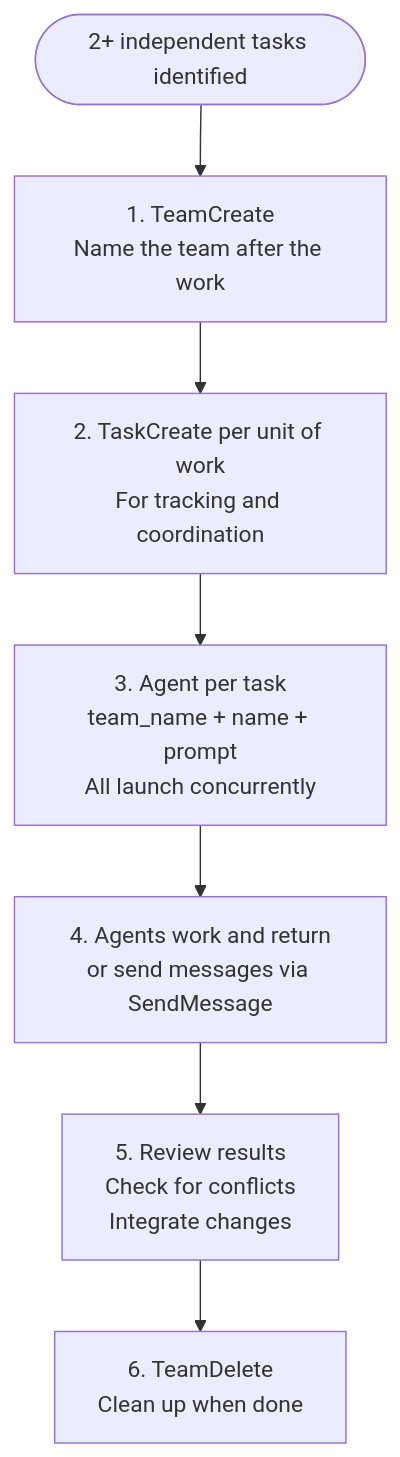
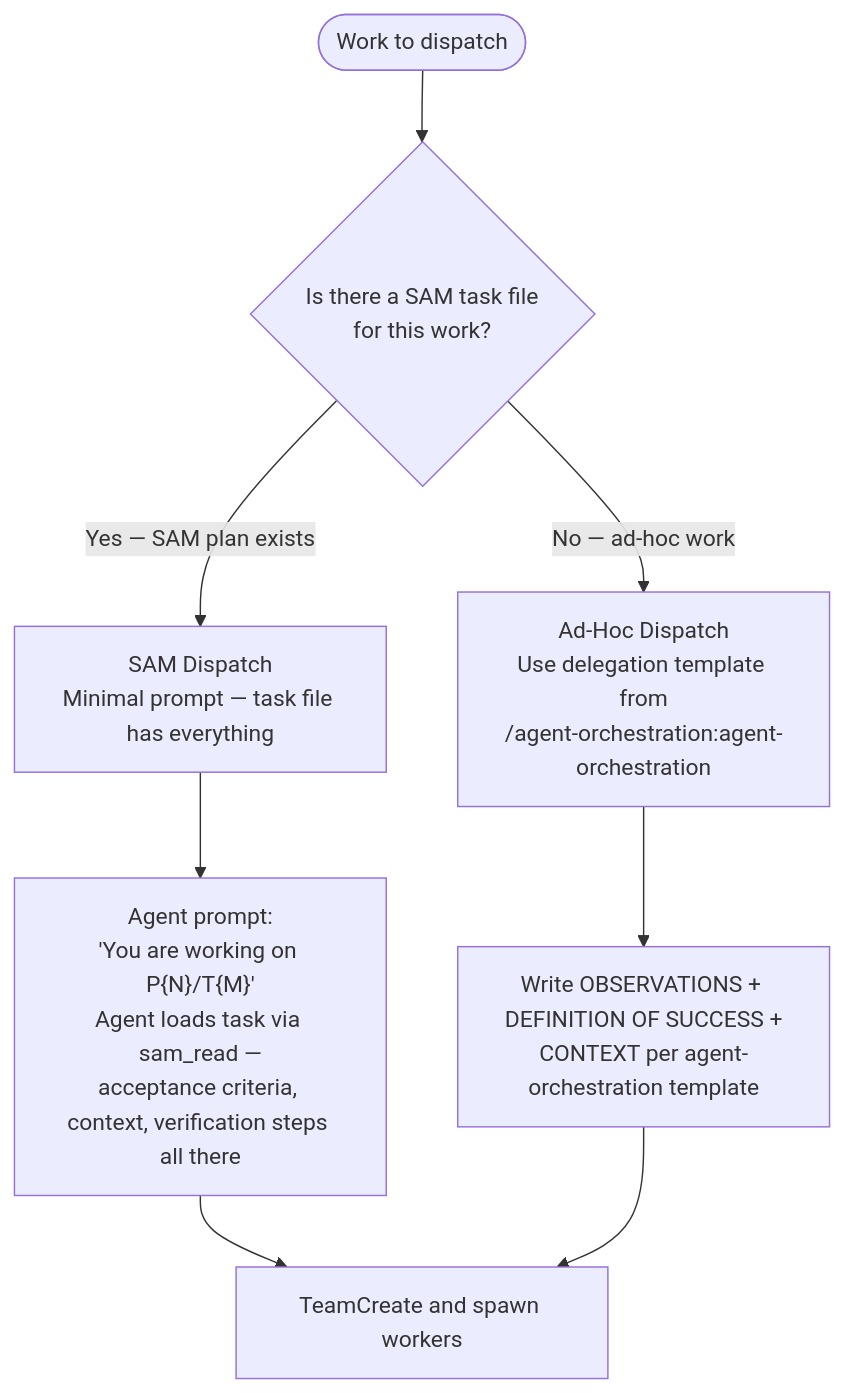
One commit to chgreer1070/claude_skills changed the first of 3 diagrams in plugins/development-harness/skills/dispatch/SKILL.md. Above: the diagram before and after it, drawn with Mermaid. The commit also changed other lines of this file and 2 other files, not shown here.

First line of the commit message:
fix(development-harness): rewrite /dh:dispatch as manager guidance not prompt dictation

````diff
--- a/plugins/development-harness/skills/dispatch/SKILL.md
+++ b/plugins/development-harness/skills/dispatch/SKILL.md
@@ -15,9 +16,10 @@
 ```mermaid
 flowchart TD
-    Start(["2+ independent tasks identified"]) --> Create["1. TeamCreate<br>Name the team after the work"]
-    Create --> Tasks["2. TaskCreate per unit of work<br>For tracking and coordination"]
-    Tasks --> Spawn["3. Agent per task<br>team_name + name + prompt<br>All launch concurrently"]
-    Spawn --> Wait["4. Agents work and return<br>or send messages via SendMessage"]
-    Wait --> Review["5. Review results<br>Check for conflicts<br>Integrate changes"]
-    Review --> Cleanup["6. TeamDelete<br>Clean up when done"]
+    Start(["Work to dispatch"]) --> Q{"Is there a SAM task file<br>for this work?"}
+    Q -->|"Yes — SAM plan exists"| SAM["SAM Dispatch<br>Minimal prompt — task file has everything"]
+    Q -->|"No — ad-hoc work"| AdHoc["Ad-Hoc Dispatch<br>Use delegation template from<br>/agent-orchestration:agent-orchestration"]
+    SAM --> SAMPrompt["Agent prompt:<br>'You are working on P{N}/T{M}'<br>Agent loads task via sam_read —<br>acceptance criteria, context, verification steps all there"]
+    AdHoc --> AdHocPrompt["Write OBSERVATIONS + DEFINITION OF SUCCESS +<br>CONTEXT per agent-orchestration template"]
+    SAMPrompt --> Team["TeamCreate and spawn workers"]
+    AdHocPrompt --> Team
 ```
````
